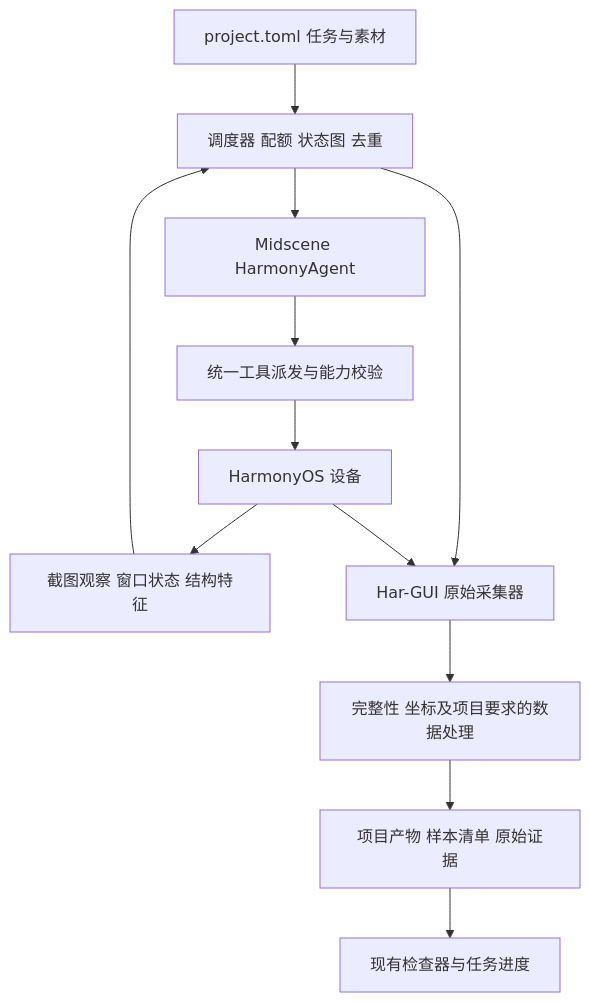
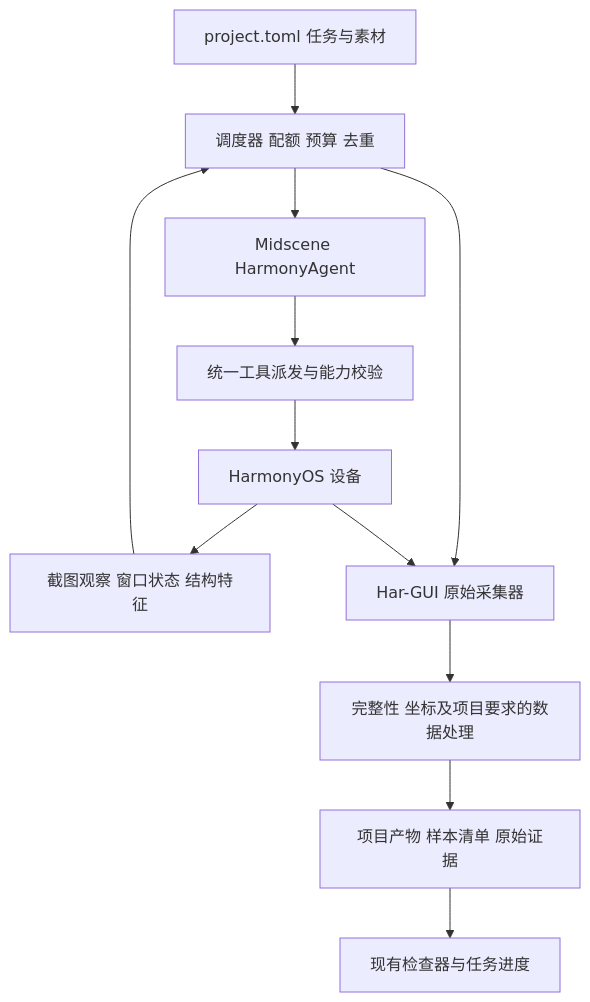
One commit to HoldThatThgt/Har-GUI changed the fourth of 7 diagrams in docs/design/harmony-gui-agent-collection.md. Above: the diagram before and after it, drawn with Mermaid. The commit also changed other lines of this file and 62 other files, not shown here.

````diff
--- a/docs/design/harmony-gui-agent-collection.md
+++ b/docs/design/harmony-gui-agent-collection.md
@@ -234,14 +246,14 @@
 ```mermaid
 flowchart TB
-    Plan[project.toml 任务与素材] --> Scheduler[调度器 配额 状态图 去重]
+    Plan[project.toml 任务与素材] --> Scheduler[调度器 配额 预算 去重]
     Scheduler --> Agent[Midscene HarmonyAgent]
     Agent --> Actions[统一工具派发与能力校验]
     Actions --> Device[HarmonyOS 设备]
     Device --> Observe[截图观察 窗口状态 结构特征]
     Observe --> Scheduler
     Scheduler --> Collector[Har-GUI 原始采集器]
     Device --> Collector
     Collector --> Validate[完整性 坐标及项目要求的数据处理]
     Validate --> Dataset[项目产物 样本清单 原始证据]
     Dataset --> Viewer[现有检查器与任务进度]
 ```
````
